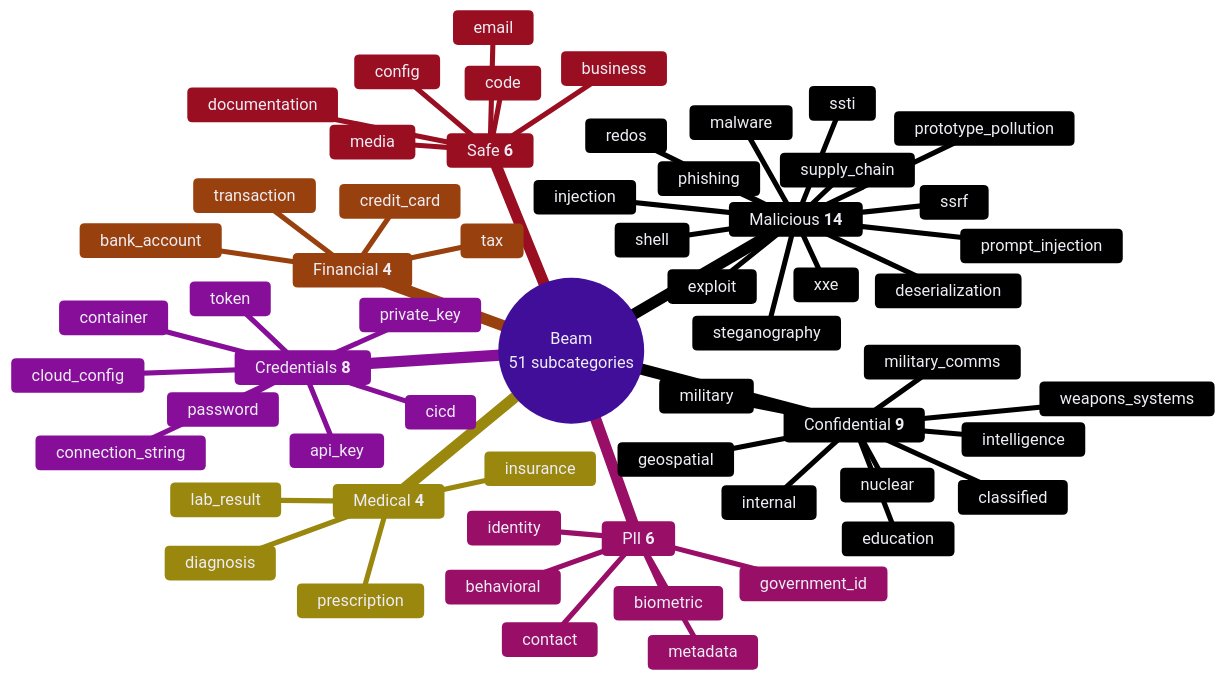
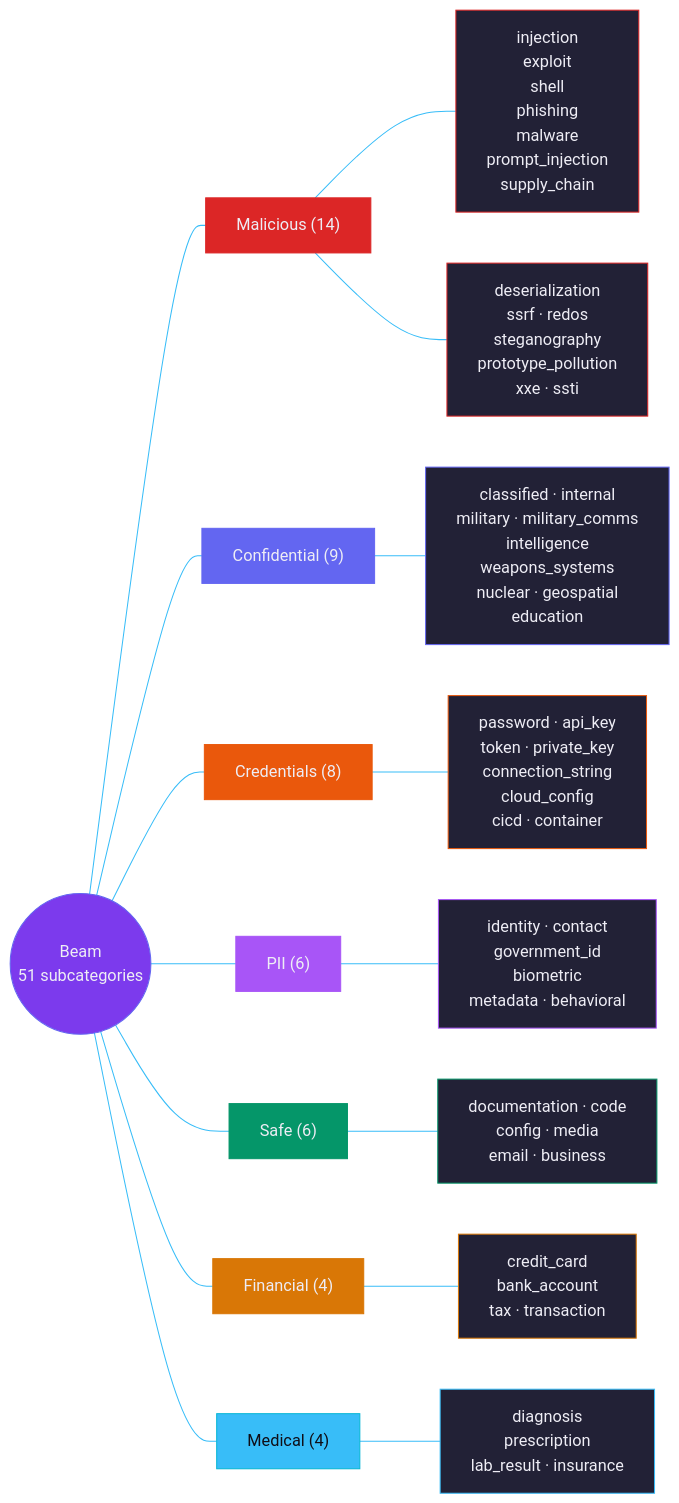
The first of 2 diagrams in beam/README.md (IvanDobrovolsky/torchsight), drawn with Mermaid before and after one commit. The commit also changed other lines of this file and 1 other file, not shown here.

Commit message:
fix: update beam description, add f16 export, fix taxonomy diagram backgrounds
- Rewrite beam description: "LoRA fine-tuned LLM with adjusted weights
  built to detect cybersecurity threats, classify and describe documents
  locally on your machine"
- Add f16 (~54GB) to GGUF output formats
- Replace mindmap diagrams with styled flowcharts — all leaf nodes now
  have explicit fill:#222136 backgrounds (fixes transparent leaves on
  GitHub's light theme renderer)
- Fix dead link to beam/LABELS.md -> beam/README.md

````diff
--- a/beam/README.md
+++ b/beam/README.md
@@ -29,64 +29,48 @@
 ```mermaid
 %%{init: {'theme': 'base', 'themeVariables': {'primaryColor': '#7C3AED','primaryTextColor': '#EEEDF5','primaryBorderColor': '#6366F1','lineColor': '#38BDF8','secondaryColor': '#1A1926','tertiaryColor': '#222136','background': '#0F0E17','mainBkg': '#1A1926','nodeBorder': '#6366F1','clusterBkg': '#222136','titleColor': '#A855F7','edgeLabelBackground': '#1A1926'}}}%%
 
-mindmap
-  root((Beam<br/>51 subcategories))
-    Malicious **14**
-      injection
-      exploit
-      shell
-      phishing
-      malware
-      prompt_injection
-      supply_chain
-      deserialization
-      ssrf
-      redos
-      steganography
-      prototype_pollution
-      xxe
-      ssti
-    Confidential **9**
-      classified
-      internal
-      military
-      military_comms
-      intelligence
-      weapons_systems
-      nuclear
-      geospatial
-      education
-    Credentials **8**
-      password
-      api_key
-      token
-      private_key
-      connection_string
-      cloud_config
-      cicd
-      container
-    PII **6**
-      identity
-      contact
-      government_id
-      biometric
-      metadata
-      behavioral
-    Safe **6**
-      documentation
-      code
-      config
-      media
-      email
-      business
-    Financial **4**
-      credit_card
-      bank_account
-      tax
-      transaction
-    Medical **4**
-      diagnosis
-      prescription
-      lab_result
-      insurance
+graph LR
+    BEAM((Beam<br/>51 subcategories))
+
+    MAL["Malicious (14)"]
+    CONF["Confidential (9)"]
+    CRED["Credentials (8)"]
+    PII["PII (6)"]
+    SAFE["Safe (6)"]
+    FIN["Financial (4)"]
+    MED["Medical (4)"]
+
+    BEAM --- MAL
+    BEAM --- CONF
+    BEAM --- CRED
+    BEAM --- PII
+    BEAM --- SAFE
+    BEAM --- FIN
+    BEAM --- MED
+
+    MAL --- M1["injection<br/>exploit<br/>shell<br/>phishing<br/>malware<br/>prompt_injection<br/>supply_chain"]
+    MAL --- M2["deserialization<br/>ssrf · redos<br/>steganography<br/>prototype_pollution<br/>xxe · ssti"]
+    CONF --- C1["classified · internal<br/>military · military_comms<br/>intelligence<br/>weapons_systems<br/>nuclear · geospatial<br/>education"]
+    CRED --- CR1["password · api_key<br/>token · private_key<br/>connection_string<br/>cloud_config<br/>cicd · container"]
+    PII --- P1["identity · contact<br/>government_id<br/>biometric<br/>metadata · behavioral"]
+    SAFE --- S1["documentation · code<br/>config · media<br/>email · business"]
+    FIN --- F1["credit_card<br/>bank_account<br/>tax · transaction"]
+    MED --- MD1["diagnosis<br/>prescription<br/>lab_result · insurance"]
+
+    style BEAM fill:#7C3AED,stroke:#6366F1,color:#EEEDF5
+    style MAL fill:#DC2626,stroke:#DC2626,color:#EEEDF5
+    style CONF fill:#6366F1,stroke:#6366F1,color:#EEEDF5
+    style CRED fill:#EA580C,stroke:#EA580C,color:#EEEDF5
+    style PII fill:#A855F7,stroke:#A855F7,color:#EEEDF5
+    style SAFE fill:#059669,stroke:#059669,color:#EEEDF5
+    style FIN fill:#D97706,stroke:#D97706,color:#EEEDF5
+    style MED fill:#38BDF8,stroke:#06B6D4,color:#0F0E17
+    style M1 fill:#222136,stroke:#DC2626,color:#EEEDF5
+    style M2 fill:#222136,stroke:#DC2626,color:#EEEDF5
+    style C1 fill:#222136,stroke:#6366F1,color:#EEEDF5
+    style CR1 fill:#222136,stroke:#EA580C,color:#EEEDF5
+    style P1 fill:#222136,stroke:#A855F7,color:#EEEDF5
+    style S1 fill:#222136,stroke:#059669,color:#EEEDF5
+    style F1 fill:#222136,stroke:#D97706,color:#EEEDF5
+    style MD1 fill:#222136,stroke:#38BDF8,color:#EEEDF5
 ```
````
